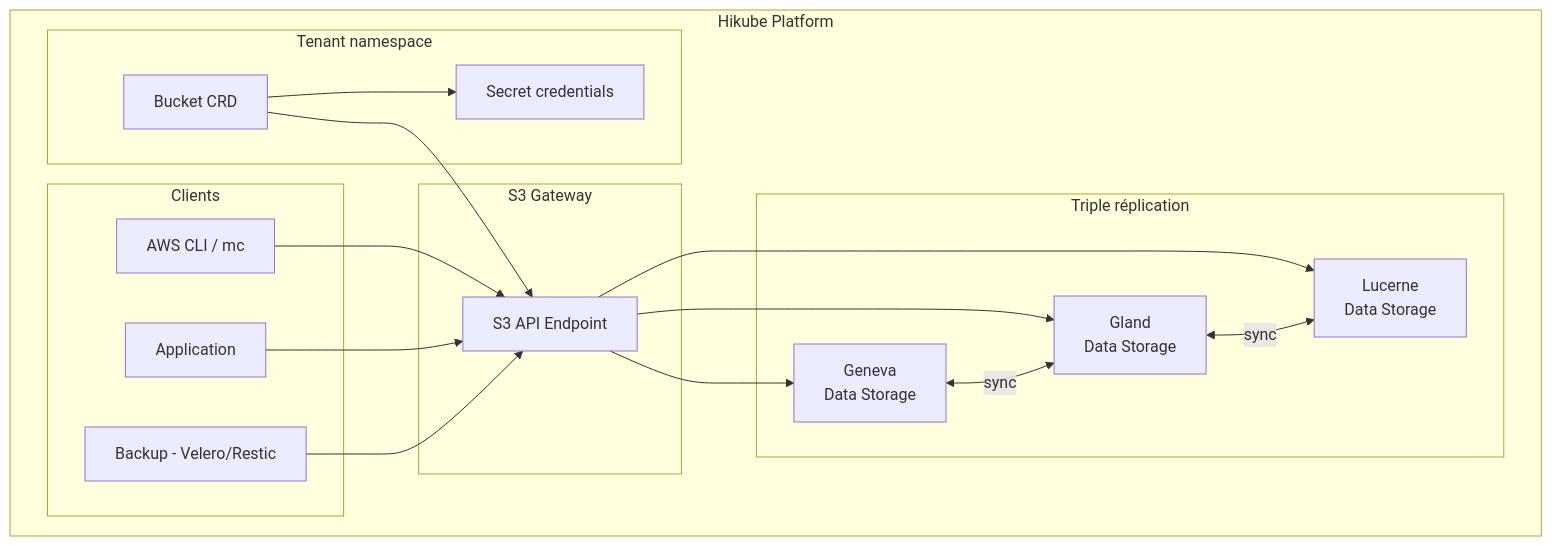
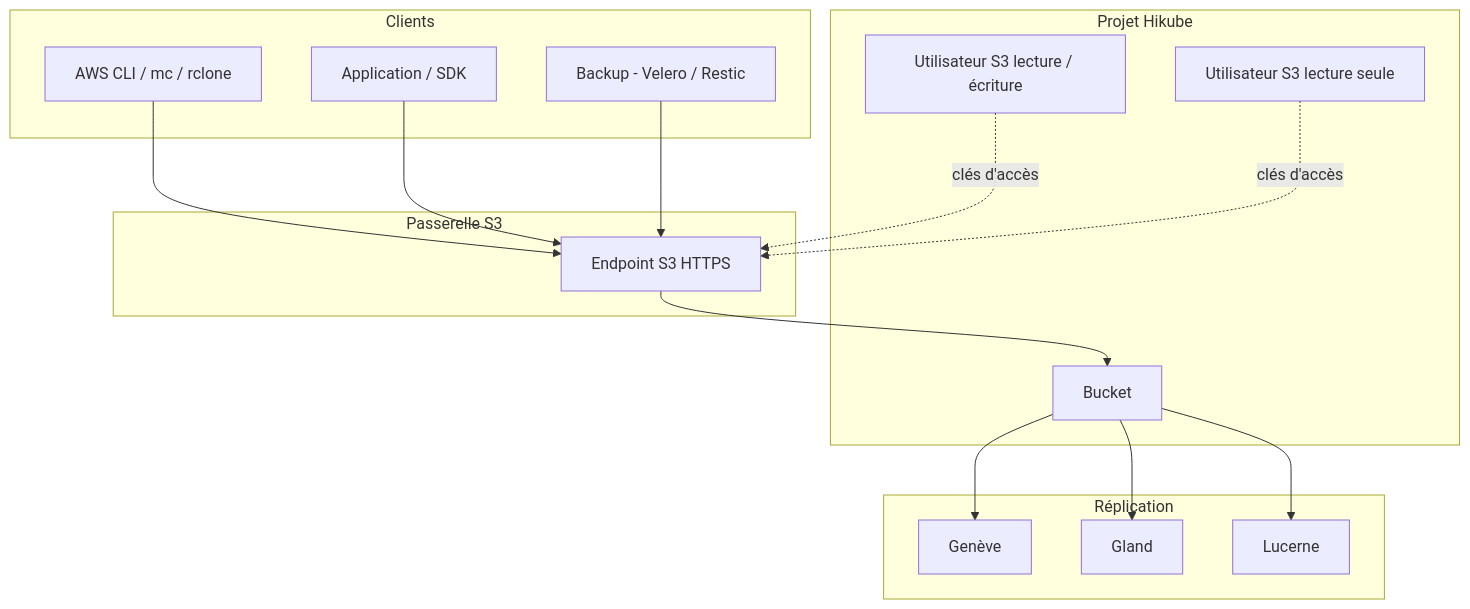
One commit to HidoraSwiss/hikube-public-doc changed the diagram in docs/services/storage/buckets/concepts.md. Above: the diagram before and after it, drawn with Mermaid. The commit also changed other lines of this file and 18 other files, not shown here.

````diff
--- a/docs/services/storage/buckets/concepts.md
+++ b/docs/services/storage/buckets/concepts.md
@@ -12,36 +12,34 @@
 ```mermaid
 graph TB
-    subgraph "Hikube Platform"
-        subgraph "Tenant namespace"
-            CR[Bucket CRD]
-            SEC[Secret credentials]
-        end
-
-        subgraph "S3 Gateway"
-            GW[S3 API Endpoint]
-        end
-
-        subgraph "Triple réplication"
-            DC1[Geneva<br/>Data Storage]
-            DC2[Gland<br/>Data Storage]
-            DC3[Lucerne<br/>Data Storage]
-        end
-
-        subgraph "Clients"
-            CLI[AWS CLI / mc]
-            APP[Application]
-            BKP[Backup - Velero/Restic]
-        end
+    subgraph "Projet Hikube"
+        BK[Bucket]
+        U1[Utilisateur S3 lecture / écriture]
+        U2[Utilisateur S3 lecture seule]
     end
 
-    CR --> GW
-    GW --> DC1
-    GW --> DC2
-    GW --> DC3
-    DC1 <-->|sync| DC2
-    DC2 <-->|sync| DC3
+    subgraph "Passerelle S3"
+        GW[Endpoint S3 HTTPS]
+    end
+
+    subgraph "Réplication"
+        DC1[Genève]
+        DC2[Gland]
+        DC3[Lucerne]
+    end
+
+    subgraph "Clients"
+        CLI[AWS CLI / mc / rclone]
+        APP[Application / SDK]
+        BKP[Backup - Velero / Restic]
+    end
+
+    U1 -.->|clés d'accès| GW
+    U2 -.->|clés d'accès| GW
     CLI --> GW
     APP --> GW
     BKP --> GW
-    CR --> SEC
+    GW --> BK
+    BK --> DC1
+    BK --> DC2
+    BK --> DC3
 ```
````
